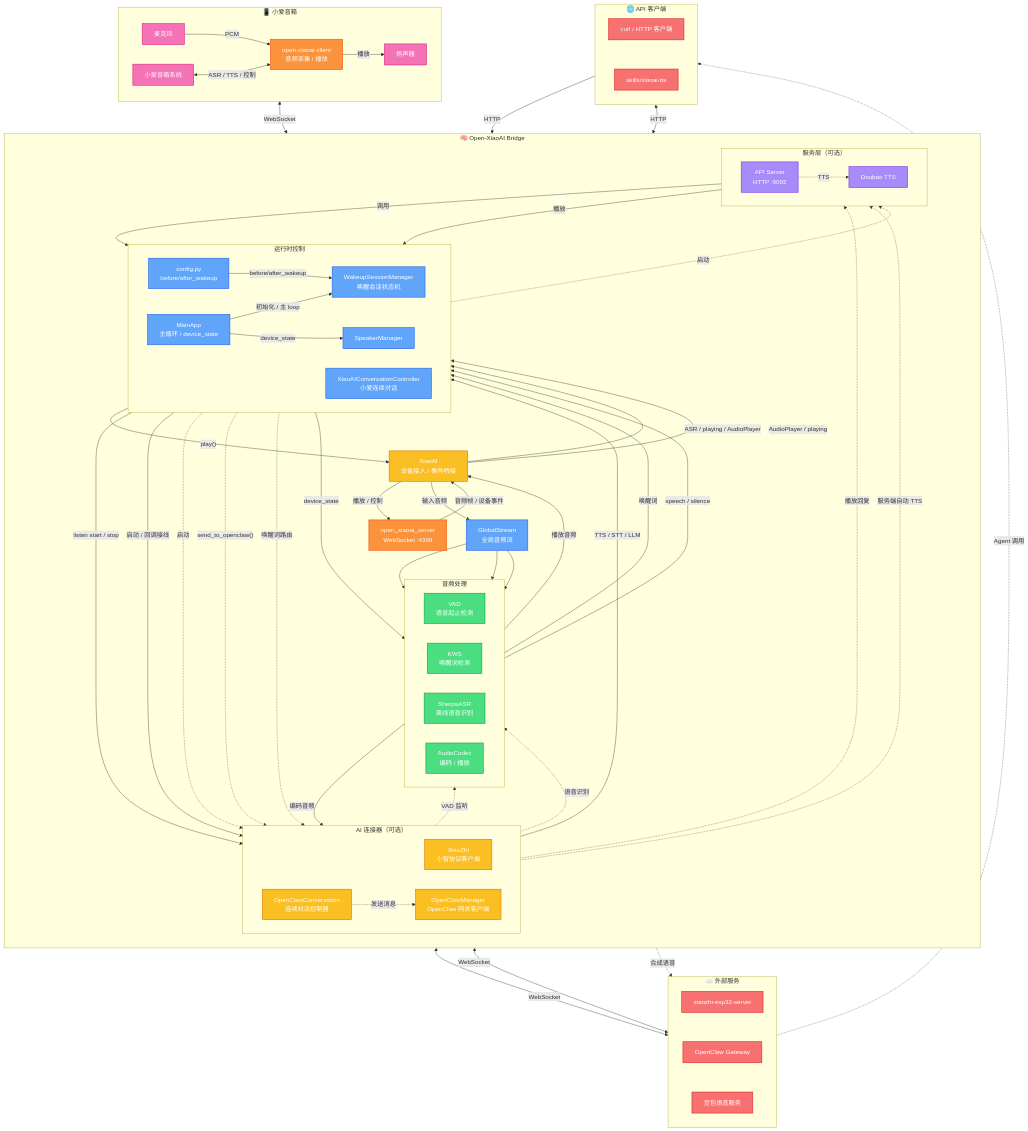
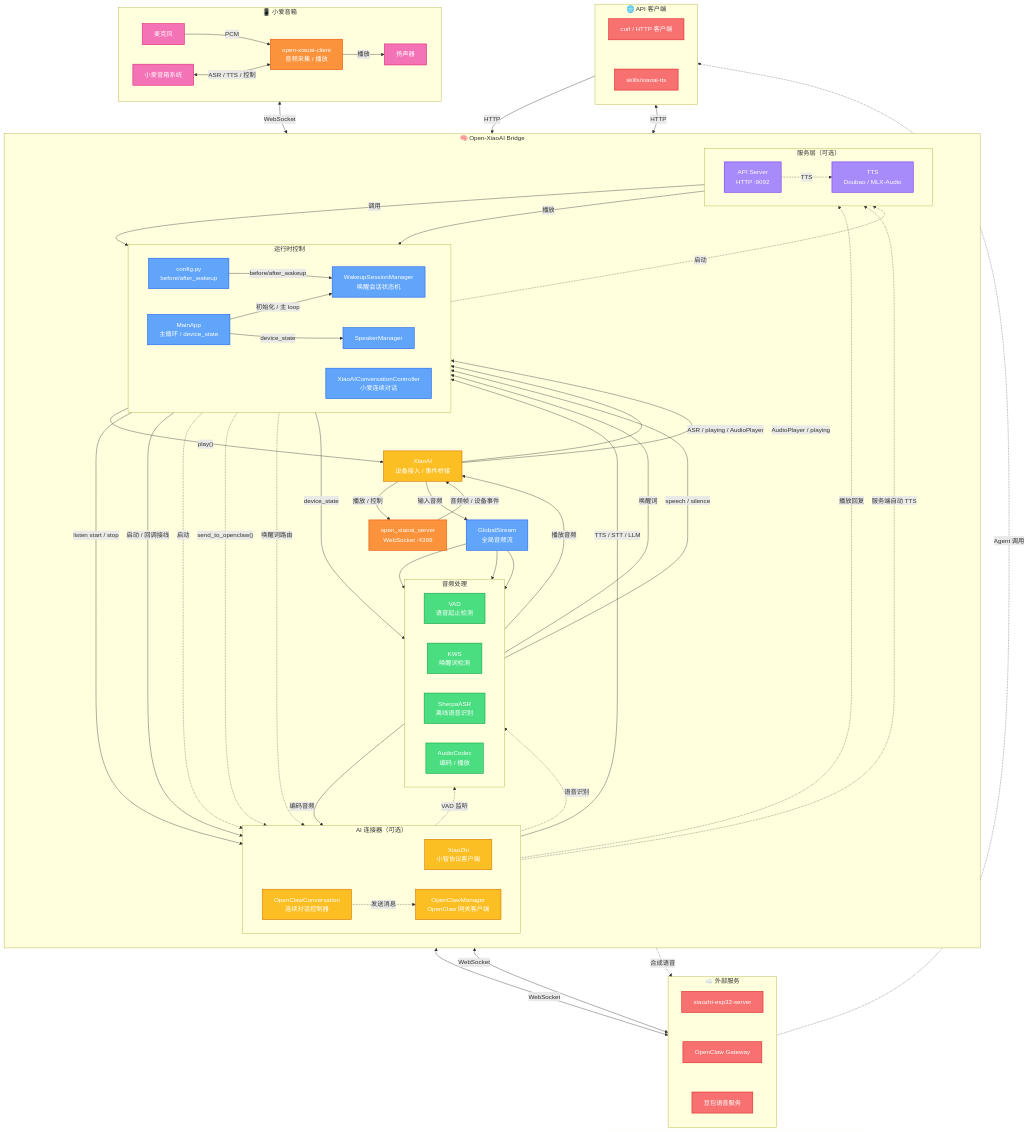
One commit to coderzc/open-xiaoai-bridge changed the diagram in README.md. Above: the diagram before and after it, drawn with Mermaid. The commit also changed other lines of this file and 11 other files, not shown here.

First line of the commit message:
feat: 添加 OpenAI-compatible TTS / MLX-Audio TTS provider (#28)

```diff
--- a/README.md
+++ b/README.md
@@ -164,7 +164,7 @@
         subgraph ServicesLayer["服务层（可选）"]
             direction LR
             APIServer["API Server<br/>HTTP :9092"]
-            TTSModule["Doubao TTS"]
+            TTSModule["TTS<br/>Doubao / MLX-Audio"]
         end
     end
 
```
